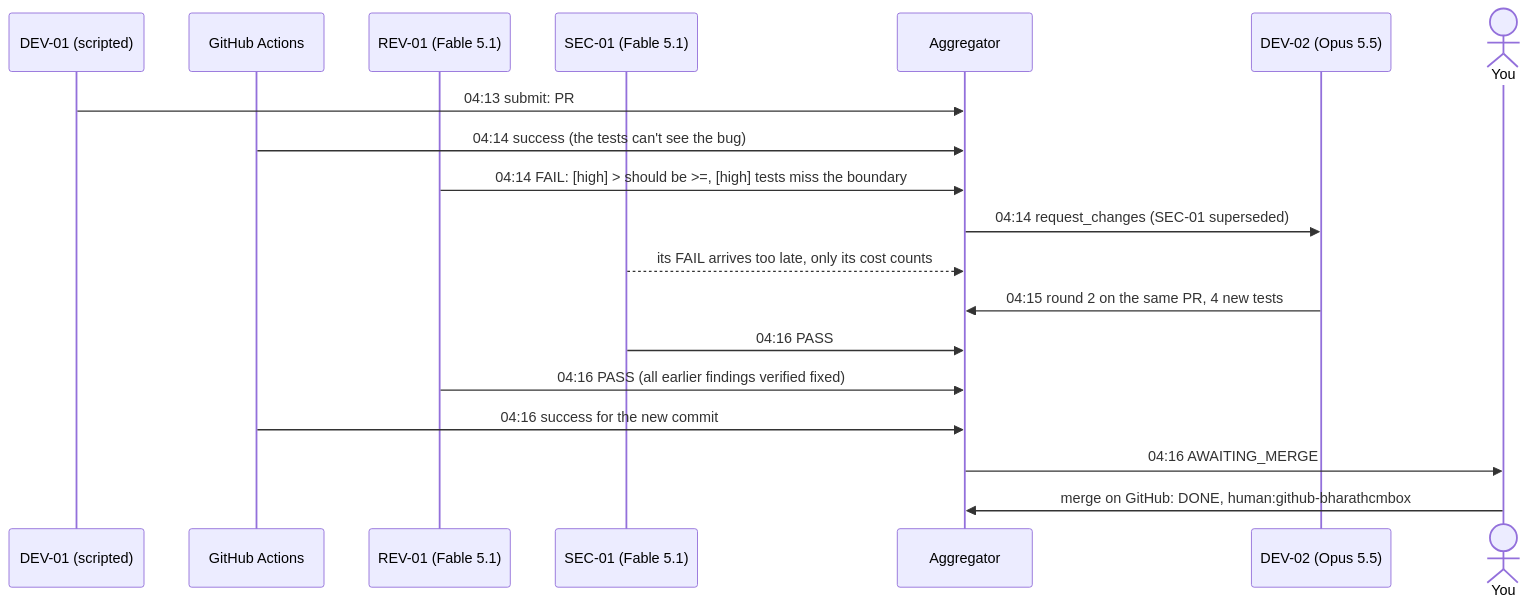
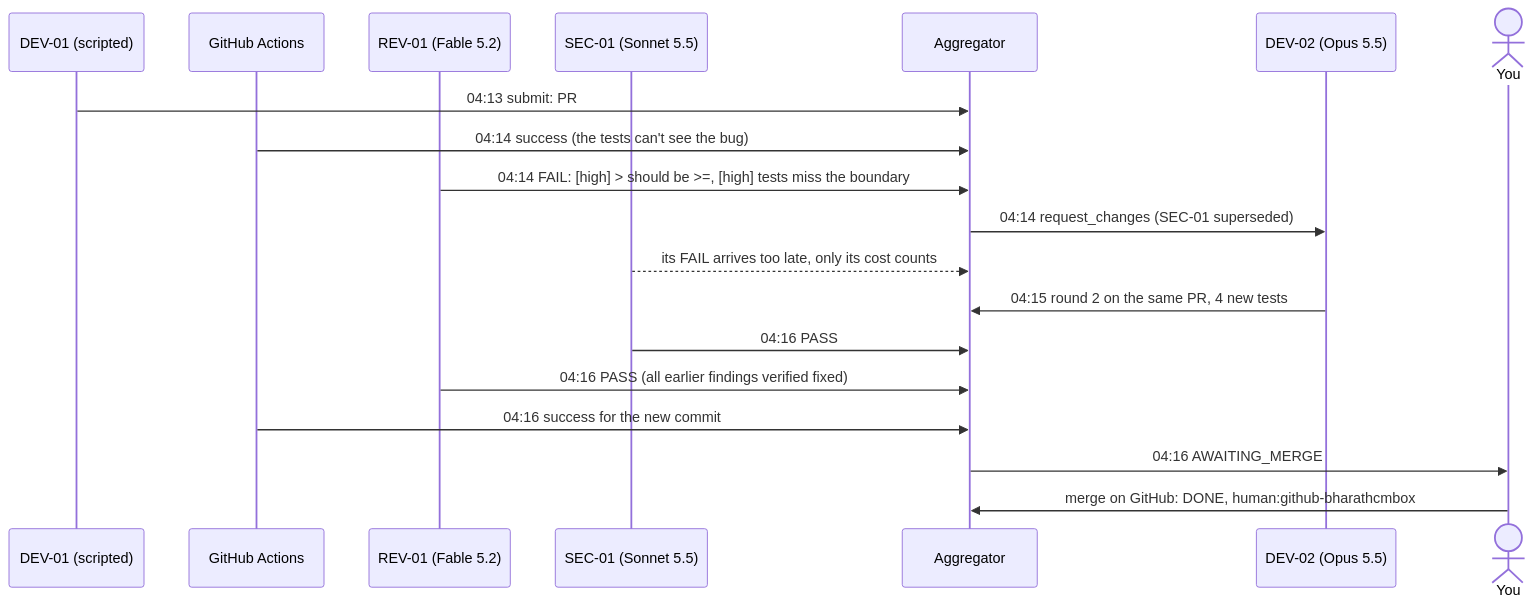
Diagram 19 of 20 in docs/guide/12-reviews-and-ci.md (bharathcmbox/axiom), drawn with Mermaid before and after one commit. The commit also changed other lines of this file and 18 other files, not shown here.

First line of the commit message:
Phase 5 T1: Fable 5.2 for code review, Sonnet 5.5 for security review

````diff
--- a/docs/guide/12-reviews-and-ci.md
+++ b/docs/guide/12-reviews-and-ci.md
@@ -581,21 +583,21 @@
 ```mermaid
 sequenceDiagram
     participant D1 as DEV-01 (scripted)
     participant CI as GitHub Actions
-    participant R as REV-01 (Fable 5.1)
-    participant S as SEC-01 (Fable 5.1)
+    participant R as REV-01 (Fable 5.2)
+    participant S as SEC-01 (Sonnet 5.5)
     participant A as Aggregator
     participant D2 as DEV-02 (Opus 5.5)
     actor Y as You
     D1->>A: 04:13 submit: PR #2 opens, with the bug
     CI->>A: 04:14 success (the tests can't see the bug)
     R->>A: 04:14 FAIL: [high] > should be >=, [high] tests miss the boundary
     A->>D2: 04:14 request_changes (SEC-01 superseded)
     S-->>A: its FAIL arrives too late, only its cost counts
     D2->>A: 04:15 round 2 on the same PR, 4 new tests
     S->>A: 04:16 PASS
     R->>A: 04:16 PASS (all earlier findings verified fixed)
     CI->>A: 04:16 success for the new commit
     A->>Y: 04:16 AWAITING_MERGE
     Y->>A: merge on GitHub: DONE, human:github-bharathcmbox
 ```
````
